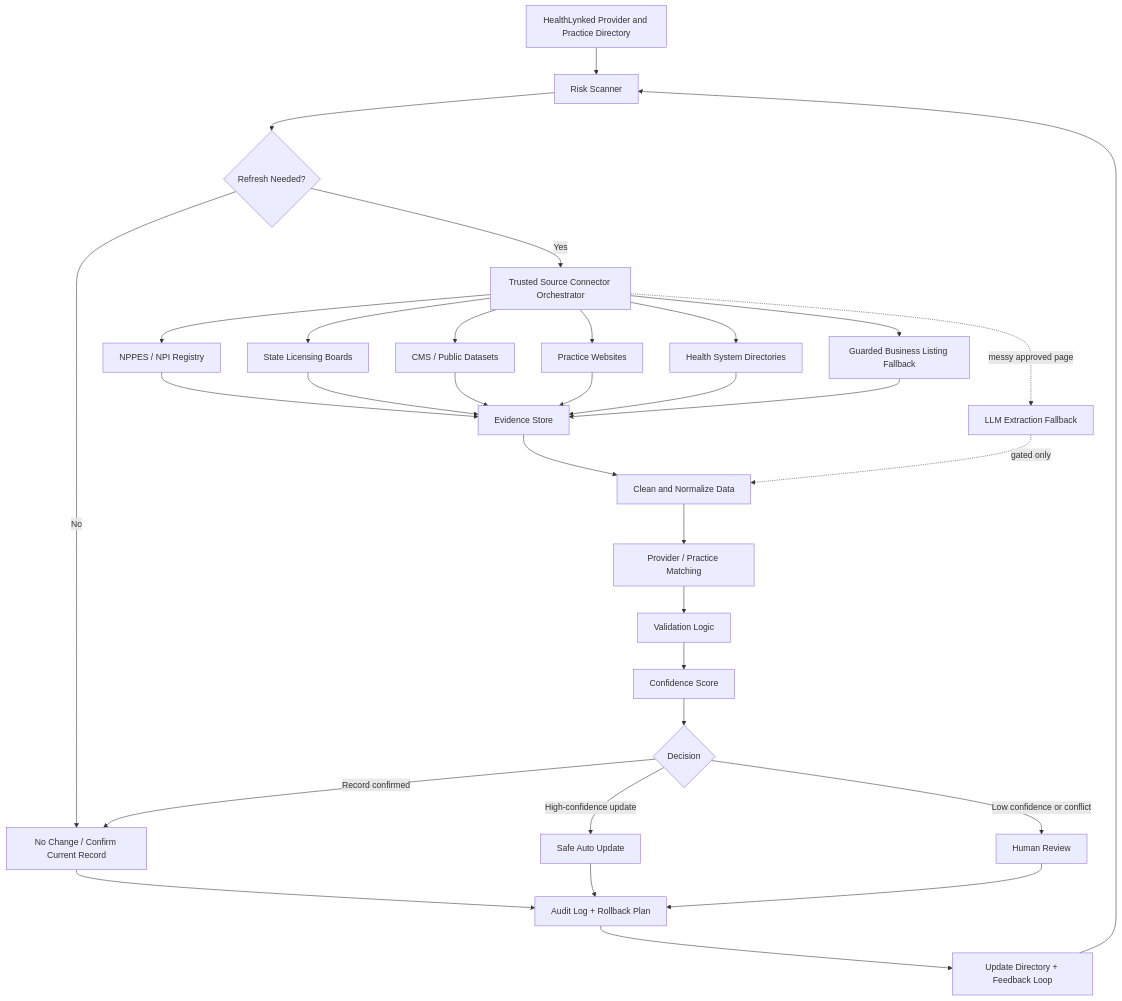
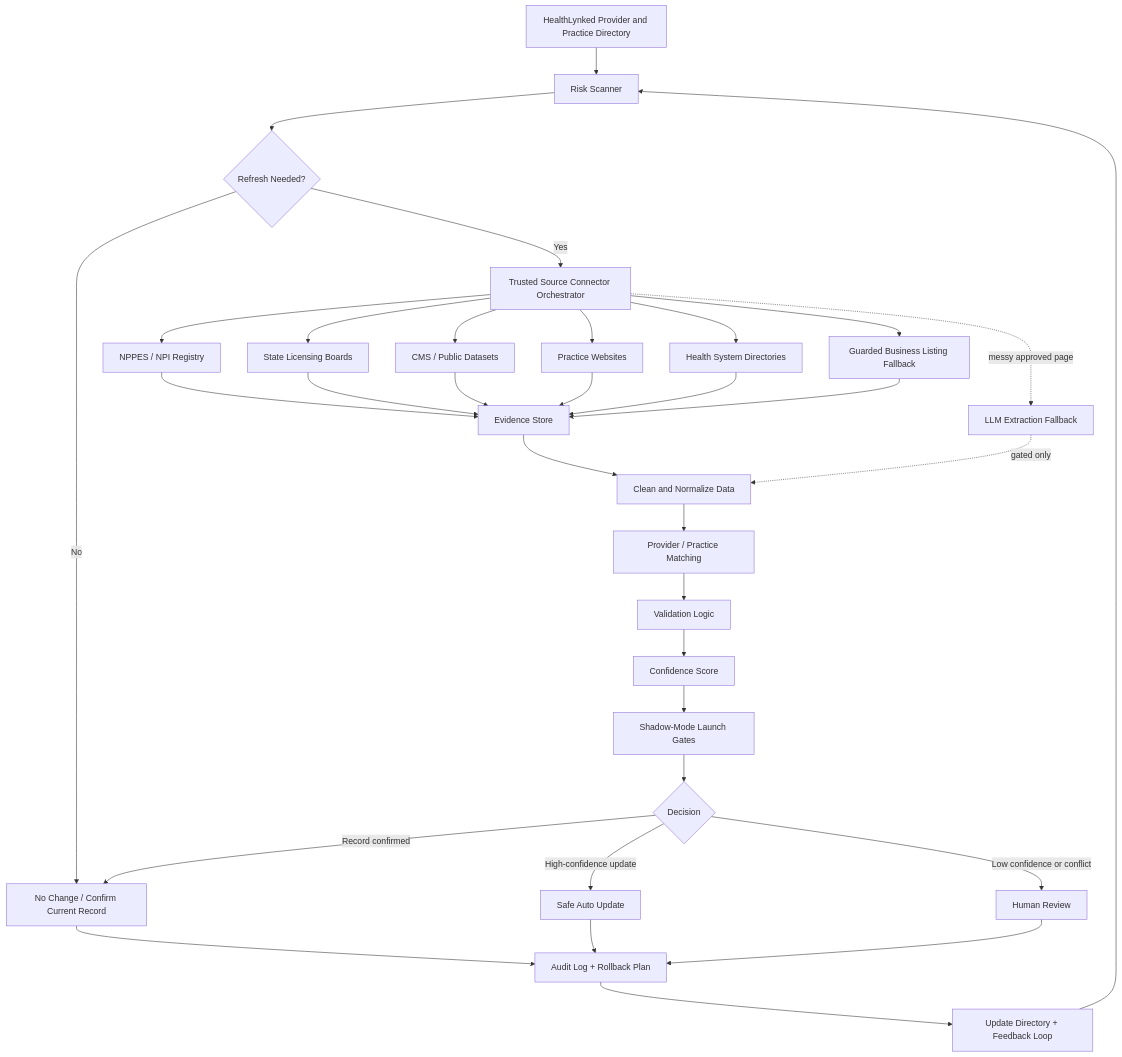
Before and after one commit to saademad200/provider_and_practice_directory: the diagram in submissions/healthlynked_option_c_clean/proposal/ARCHITECTURE_DIAGRAM.md, drawn with Mermaid. The commit also changed other lines of this file and 151 other files, not shown here.

````diff
--- a/submissions/healthlynked_option_c_clean/proposal/ARCHITECTURE_DIAGRAM.md
+++ b/submissions/healthlynked_option_c_clean/proposal/ARCHITECTURE_DIAGRAM.md
@@ -26,40 +27,41 @@
 ```mermaid
 flowchart TD
     A[HealthLynked Provider and Practice Directory] --> B[Risk Scanner]
     B --> C{Refresh Needed?}
     C -->|No| N[No Change / Confirm Current Record]
     C -->|Yes| D[Trusted Source Connector Orchestrator]
 
     D --> S1[NPPES / NPI Registry]
     D --> S2[State Licensing Boards]
     D --> S3[CMS / Public Datasets]
     D --> S4[Practice Websites]
     D --> S5[Health System Directories]
     D --> S6[Guarded Business Listing Fallback]
 
     S1 --> E[Evidence Store]
     S2 --> E
     S3 --> E
     S4 --> E
     S5 --> E
     S6 --> E
 
     E --> F[Clean and Normalize Data]
     F --> G[Provider / Practice Matching]
     G --> H[Validation Logic]
     H --> I[Confidence Score]
+    I --> Q[Shadow-Mode Launch Gates]
 
-    I --> J{Decision}
+    Q --> J{Decision}
     J -->|Record confirmed| N
     J -->|High-confidence update| K[Safe Auto Update]
     J -->|Low confidence or conflict| L[Human Review]
 
     K --> M[Audit Log + Rollback Plan]
     L --> M
     N --> M
     M --> O[Update Directory + Feedback Loop]
     O --> B
 
     P[LLM Extraction Fallback] -. gated only .-> F
     D -. messy approved page .-> P
 ```
````
